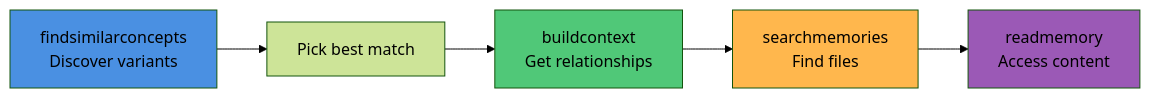
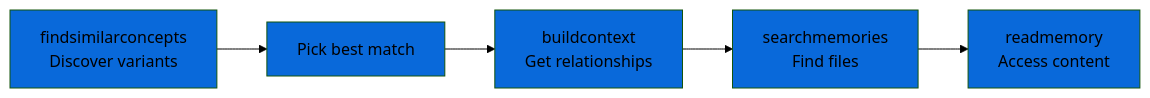
One commit to msbrettorg/maenifold changed the second of 7 diagrams in integrations/skills/maenifold/README.md. Above: the diagram before and after it, drawn with Mermaid (forest theme). The commit also changed other lines of this file and 31 other files, not shown here.

````diff
--- a/integrations/skills/maenifold/README.md
+++ b/integrations/skills/maenifold/README.md
@@ -78,12 +78,13 @@
 ```mermaid
 graph LR
     A[findsimilarconcepts<br/>Discover variants] --> B[Pick best match]
     B --> C[buildcontext<br/>Get relationships]
     C --> D[searchmemories<br/>Find files]
     D --> E[readmemory<br/>Access content]
 
-    style A fill:#4A90E2
-    style C fill:#50C878
-    style D fill:#FFB74D
-    style E fill:#9B59B6
+    style A fill:#0969DA
+    style B fill:#0969DA
+    style C fill:#0969DA
+    style D fill:#0969DA
+    style E fill:#0969DA
 ```
````
